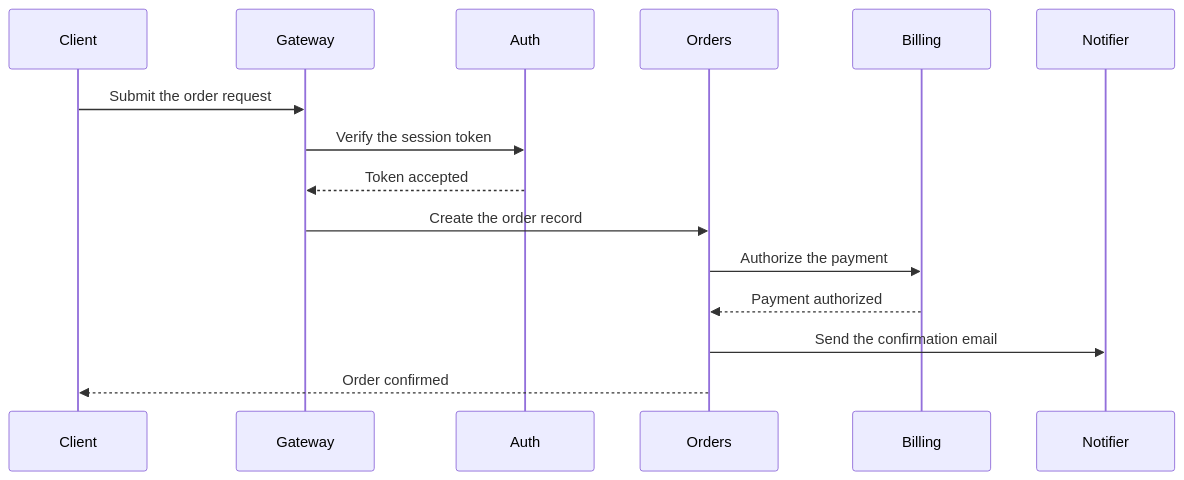
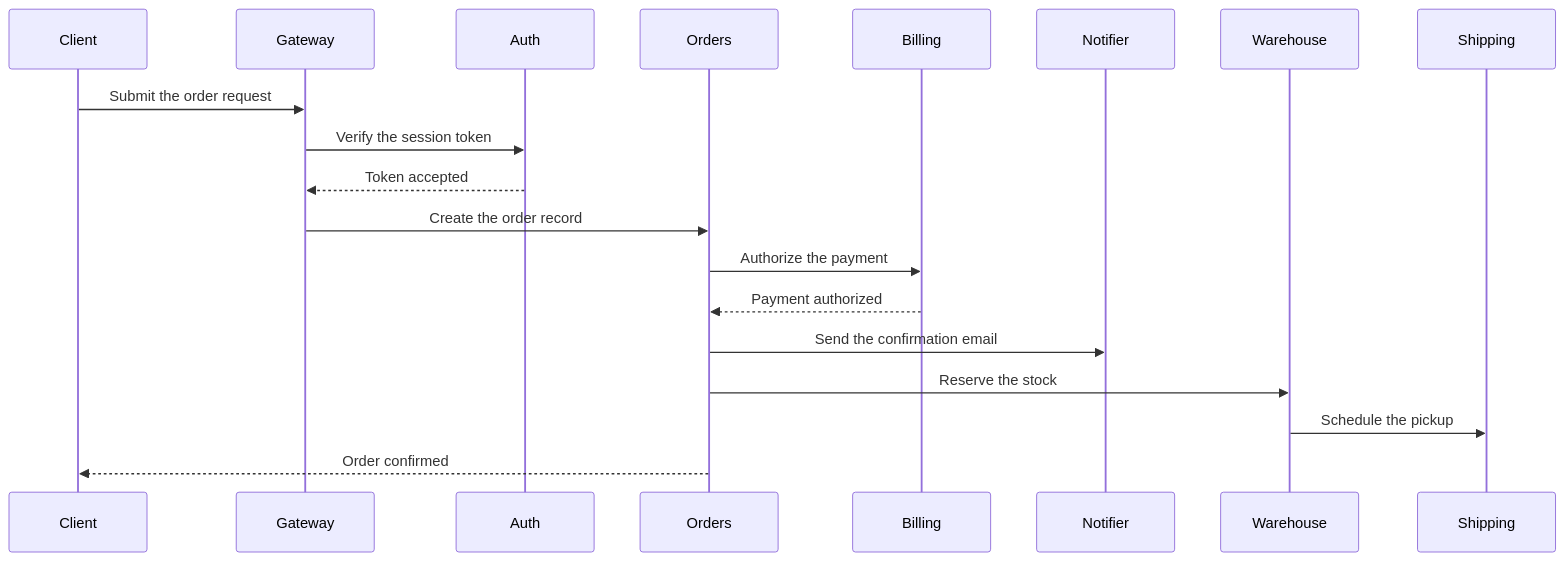
One commit to eldridgerdev/agent-mainframe changed the second of 4 diagrams in docs/mermaid-wide-example.md. Above: the diagram before and after it, drawn with Mermaid. The commit also changed other lines of this file, not shown here.

Commit message:
Widen the example diagrams so several clip on large panes

````diff
--- a/docs/mermaid-wide-example.md
+++ b/docs/mermaid-wide-example.md
@@ -30,17 +32,21 @@
 ```mermaid
 sequenceDiagram
     participant Client
     participant Gateway
     participant Auth
     participant Orders
     participant Billing
     participant Notifier
+    participant Warehouse
+    participant Shipping
     Client->>Gateway: Submit the order request
     Gateway->>Auth: Verify the session token
     Auth-->>Gateway: Token accepted
     Gateway->>Orders: Create the order record
     Orders->>Billing: Authorize the payment
     Billing-->>Orders: Payment authorized
     Orders->>Notifier: Send the confirmation email
+    Orders->>Warehouse: Reserve the stock
+    Warehouse->>Shipping: Schedule the pickup
     Orders-->>Client: Order confirmed
 ```
````
